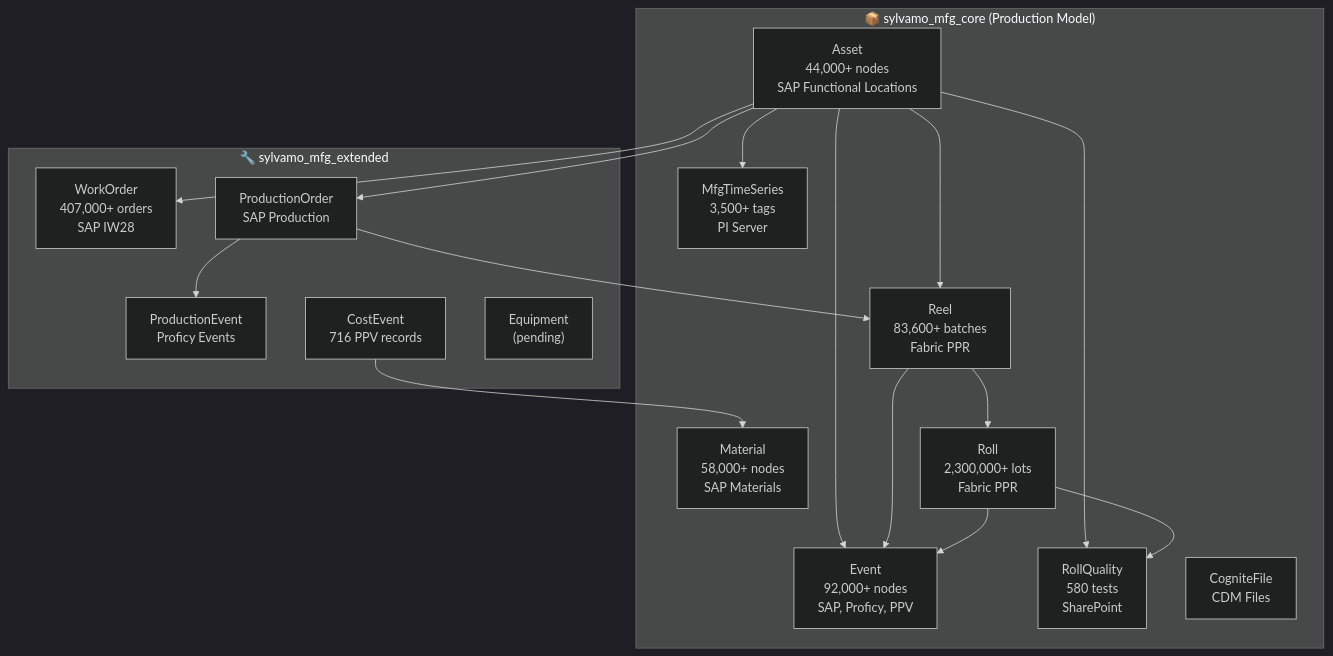
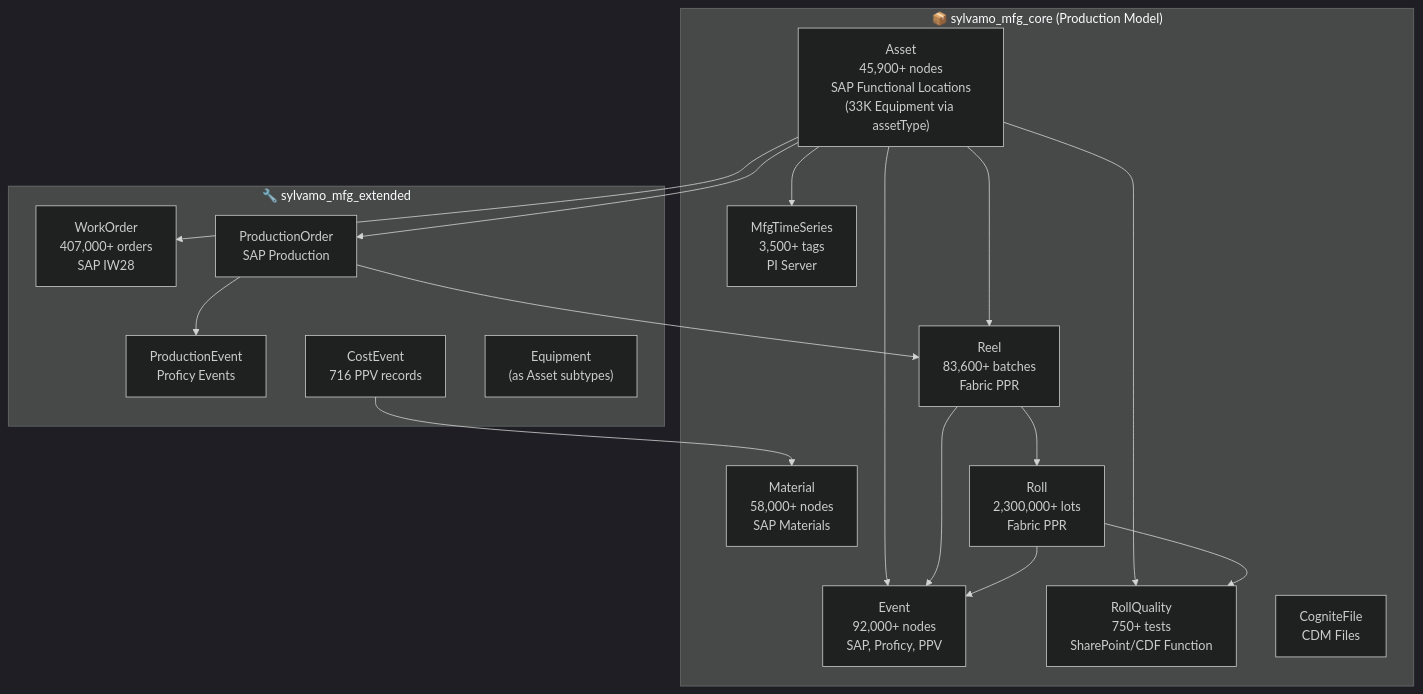
Before and after one commit to fbarsoba-cognite/sylvamo-project-documentation: the third of 4 diagrams in README.md, drawn with Mermaid (dark theme). The commit also changed other lines of this file and 12 other files, not shown here.

````diff
--- a/README.md
+++ b/README.md
@@ -228,36 +228,36 @@
 ```mermaid
 flowchart TB
     subgraph Core["📦 sylvamo_mfg_core (Production Model)"]
-        Asset["Asset<br/>44,000+ nodes<br/>SAP Functional Locations"]
+        Asset["Asset<br/>45,900+ nodes<br/>SAP Functional Locations<br/>(33K Equipment via assetType)"]
         Event["Event<br/>92,000+ nodes<br/>SAP, Proficy, PPV"]
         Material["Material<br/>58,000+ nodes<br/>SAP Materials"]
         MfgTimeSeries["MfgTimeSeries<br/>3,500+ tags<br/>PI Server"]
         Reel["Reel<br/>83,600+ batches<br/>Fabric PPR"]
         Roll["Roll<br/>2,300,000+ lots<br/>Fabric PPR"]
-        RollQuality["RollQuality<br/>580 tests<br/>SharePoint"]
+        RollQuality["RollQuality<br/>750+ tests<br/>SharePoint/CDF Function"]
         CogniteFile["CogniteFile<br/>CDM Files"]
     end
 
     subgraph Extended["🔧 sylvamo_mfg_extended"]
         WorkOrder["WorkOrder<br/>407,000+ orders<br/>SAP IW28"]
         ProductionOrder["ProductionOrder<br/>SAP Production"]
         ProductionEvent["ProductionEvent<br/>Proficy Events"]
         CostEvent["CostEvent<br/>716 PPV records"]
-        Equipment["Equipment<br/>(pending)"]
+        Equipment["Equipment<br/>(as Asset subtypes)"]
     end
 
     Asset --> Reel
     Asset --> Event
     Asset --> MfgTimeSeries
     Asset --> RollQuality
     Reel --> Roll
     Roll --> RollQuality
     Reel --> Event
     Roll --> Event
 
     Asset --> WorkOrder
     Asset --> ProductionOrder
     ProductionOrder --> ProductionEvent
     ProductionOrder --> Reel
     CostEvent --> Material
 ```
````
